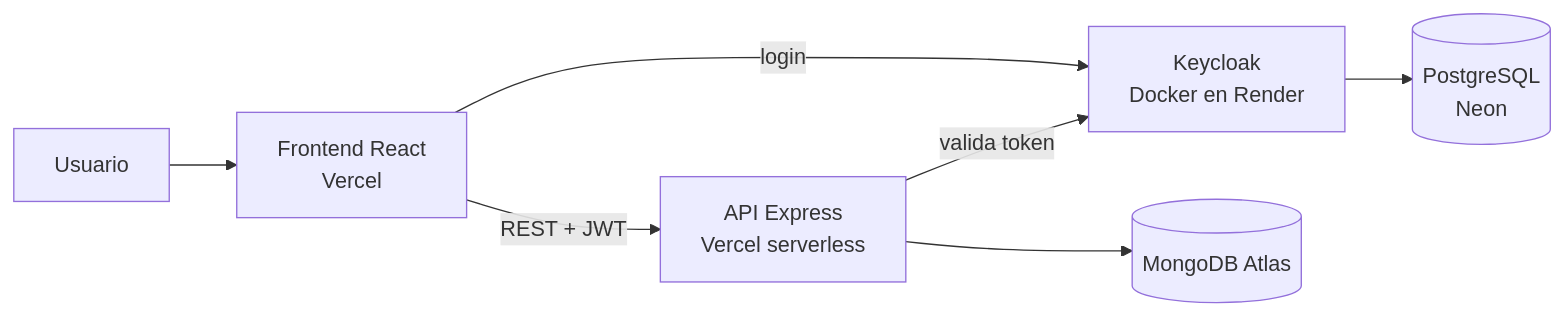
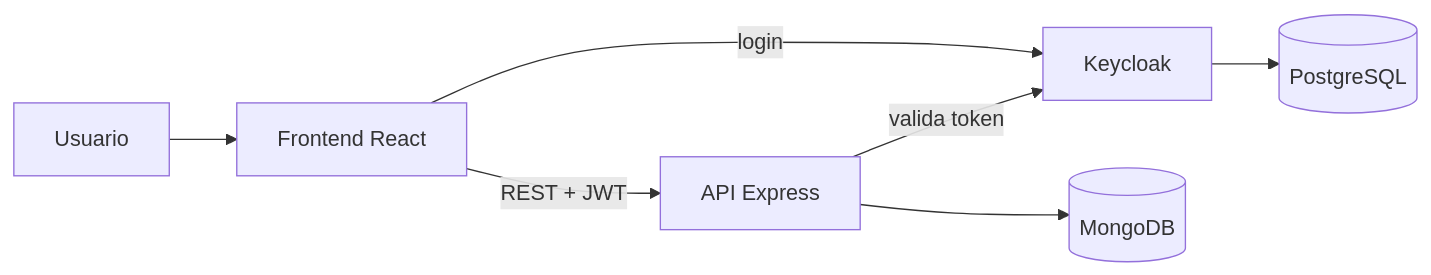
The diagram in README.md (mSpadoni/tienda_sol_ecomerce), drawn with Mermaid before and after one commit. The commit also changed other lines of this file, not shown here.

````diff
--- a/README.md
+++ b/README.md
@@ -51,9 +34,9 @@
 ```mermaid
 flowchart LR
-  U[Usuario] --> F[Frontend React<br/>Vercel]
-  F -- login --> K[Keycloak<br/>Docker en Render]
-  F -- REST + JWT --> B[API Express<br/>Vercel serverless]
+  U[Usuario] --> F[Frontend React]
+  F -- login --> K[Keycloak]
+  F -- REST + JWT --> B[API Express]
   B -- valida token --> K
-  B --> M[(MongoDB Atlas)]
-  K --> P[(PostgreSQL<br/>Neon)]
+  B --> M[(MongoDB)]
+  K --> P[(PostgreSQL)]
 ```
````
